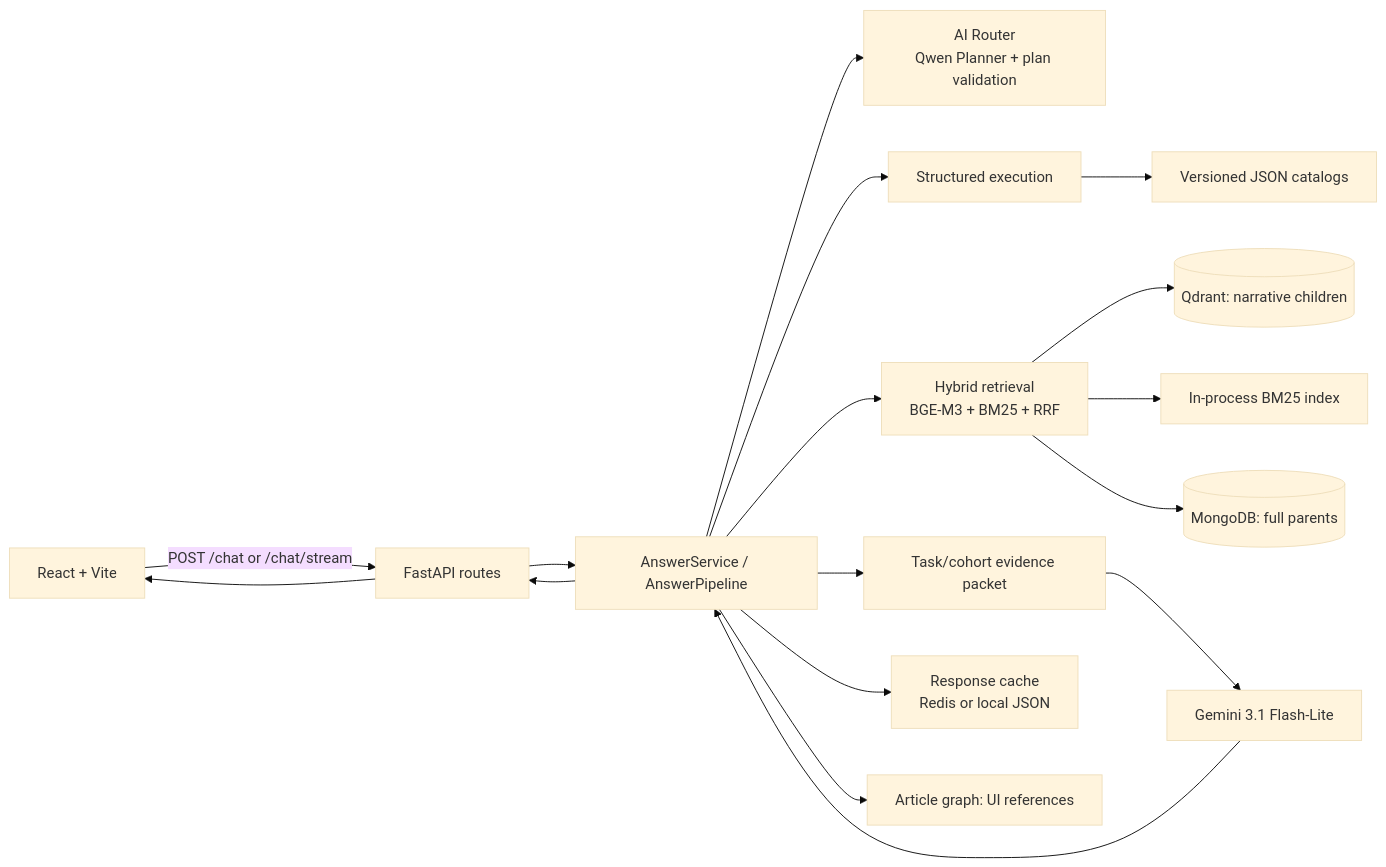
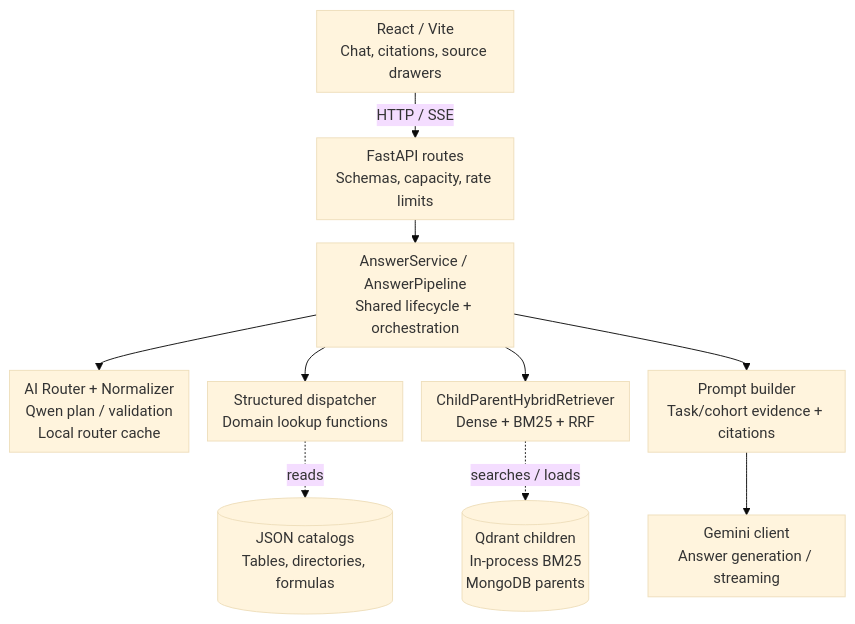
The first of 5 diagrams in README.md (AnhPhiNe/student-handbook-rag-chatbot), drawn with Mermaid (base theme) before and after one commit. The commit also changed other lines of this file, not shown here.

Commit message:
docs: reorganize README architecture evaluation and demo links

````diff
--- a/README.md
+++ b/README.md
@@ -89,19 +164,13 @@
-```mermaid
-flowchart LR
-    UI["React + Vite"] -->|"POST /chat or /chat/stream"| API["FastAPI routes"]
-    API --> Service["AnswerService / AnswerPipeline"]
-    Service --> Router["AI Router<br/>Qwen Planner + plan validation"]
-    Service --> Lookup["Structured execution"]
-    Lookup --> JSON["Versioned JSON catalogs"]
-    Service --> Retrieval["Hybrid retrieval<br/>BGE-M3 + BM25 + RRF"]
-    Retrieval --> Qdrant[("Qdrant: narrative children")]
-    Retrieval --> BM25["In-process BM25 index"]
-    Retrieval --> Mongo[("MongoDB: full parents")]
-    Service --> Packet["Task/cohort evidence packet"]
-    Packet --> Composer["Gemini 3.1 Flash-Lite"]
-    Service --> Cache["Response cache<br/>Redis or local JSON"]
-    Service --> Graph["Article graph: UI references"]
-    Composer --> Service
-    Service --> API
-    API --> UI
-```
+~~~mermaid
+%%{init: {"flowchart": {"wrappingWidth": 180, "nodeSpacing": 20, "rankSpacing": 25, "padding": 8}}}%%
+flowchart TD
+    UI["React / Vite<br/>Chat, citations, source drawers"] -->|HTTP / SSE| API["FastAPI routes<br/>Schemas, capacity, rate limits"]
+    API --> Pipeline["AnswerService / AnswerPipeline<br/>Shared lifecycle + orchestration"]
+    Pipeline --> Planner["AI Router + Normalizer<br/>Qwen plan / validation<br/>Local router cache"]
+    Pipeline --> Structured["Structured dispatcher<br/>Domain lookup functions"]
+    Pipeline --> Retriever["ChildParentHybridRetriever<br/>Dense + BM25 + RRF"]
+    Structured -. reads .-> Catalogs[("JSON catalogs<br/>Tables, directories, formulas")]
+    Retriever -. searches / loads .-> RetrievalStores[("Qdrant children<br/>In-process BM25<br/>MongoDB parents")]
+    Pipeline --> Packet["Prompt builder<br/>Task/cohort evidence + citations"]
+    Packet --> Composer["Gemini client<br/>Answer generation / streaming"]
+~~~
````
